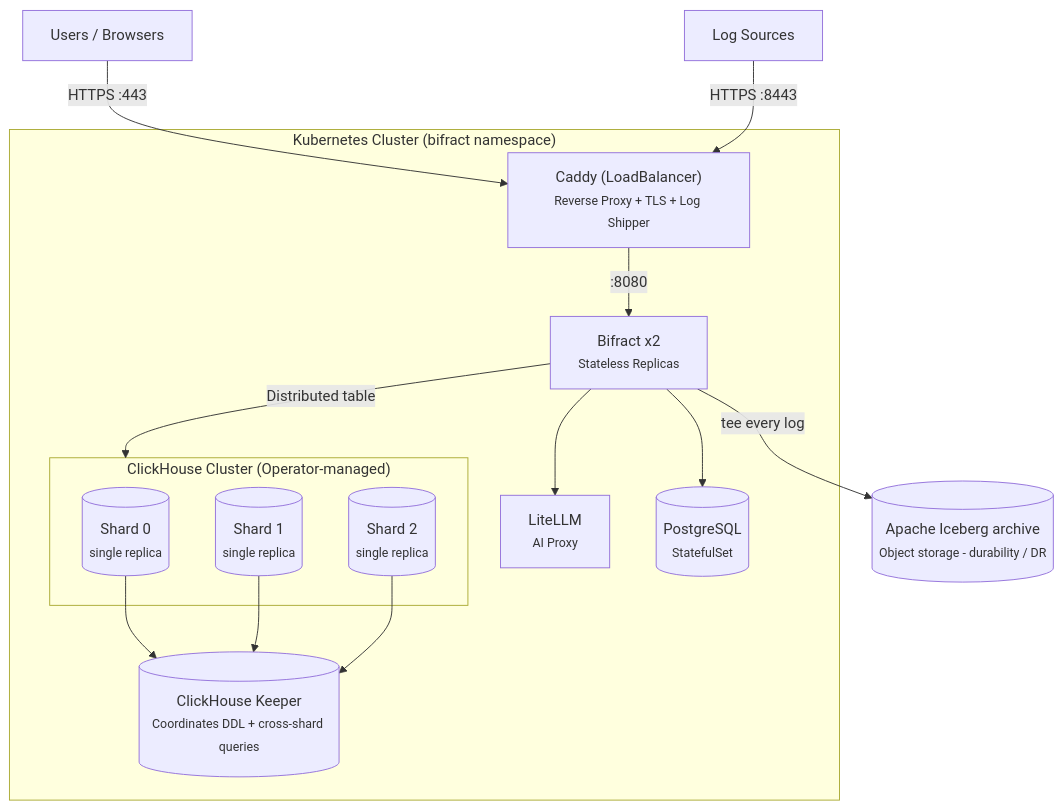
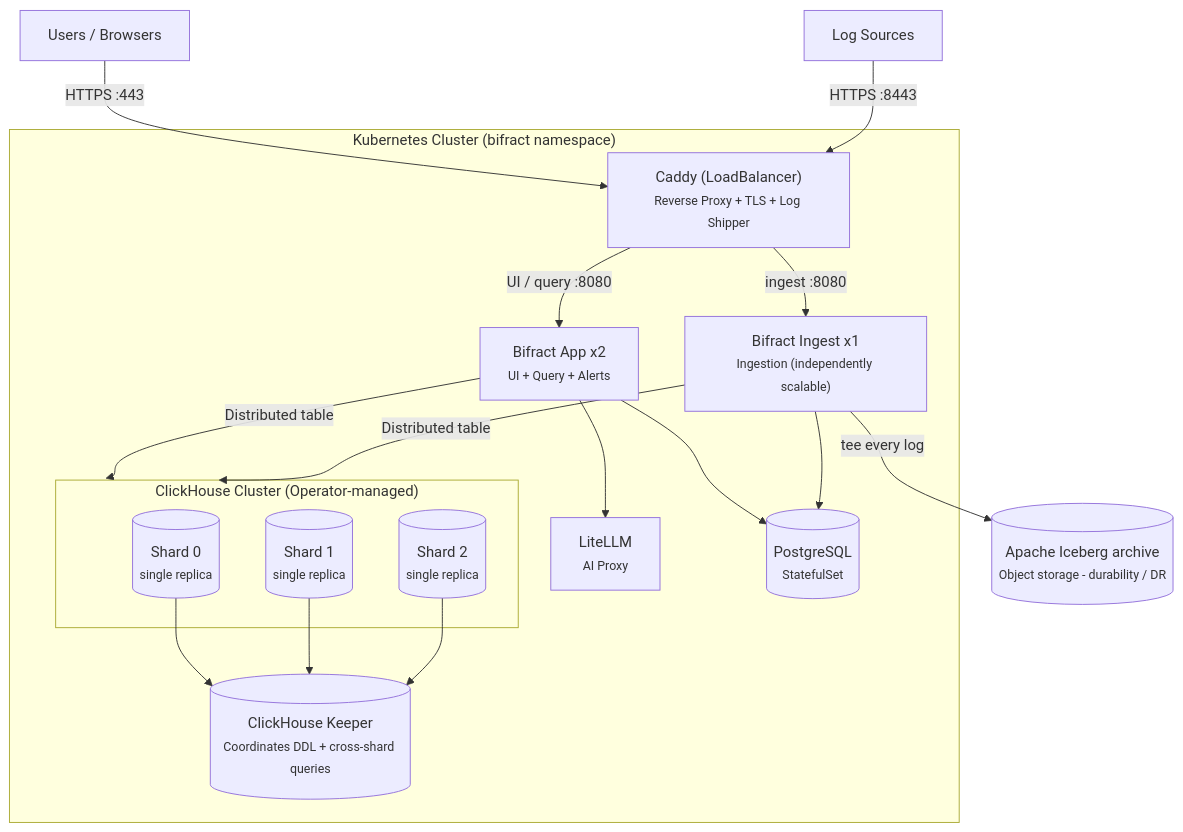
One commit to zaneGittins/bifract changed the diagram in docs/getting-started/kubernetes.md. Above: the diagram before and after it, drawn with Mermaid. The commit also changed other lines of this file and 57 other files, not shown here.

Commit message:
Seperate ingest containers, pgr() fixes and robustness, archive iceberg fixes.

````diff
--- a/docs/getting-started/kubernetes.md
+++ b/docs/getting-started/kubernetes.md
@@ -16,31 +16,35 @@
 ```mermaid
 graph TB
     users["Users / Browsers"]
     sources["Log Sources"]
 
     subgraph k8s ["Kubernetes Cluster (bifract namespace)"]
         caddy["Caddy (LoadBalancer)<br/><small>Reverse Proxy + TLS + Log Shipper</small>"]
-        bifract["Bifract x2<br/><small>Stateless Replicas</small>"]
+        app["Bifract App x2<br/><small>UI + Query + Alerts</small>"]
+        ingest["Bifract Ingest x1<br/><small>Ingestion (independently scalable)</small>"]
         litellm["LiteLLM<br/><small>AI Proxy</small>"]
         pg[("PostgreSQL<br/><small>StatefulSet</small>")]
 
         subgraph ch ["ClickHouse Cluster (Operator-managed)"]
             shard0[("Shard 0<br/><small>single replica</small>")]
             shard1[("Shard 1<br/><small>single replica</small>")]
             shard2[("Shard 2<br/><small>single replica</small>")]
         end
 
         keeper[("ClickHouse Keeper<br/><small>Coordinates DDL + cross-shard queries</small>")]
     end
 
     iceberg[("Apache Iceberg archive<br/><small>Object storage - durability / DR</small>")]
 
     users -->|"HTTPS :443"| caddy
     sources -->|"HTTPS :8443"| caddy
-    caddy -->|":8080"| bifract
-    bifract --> pg
-    bifract -->|"Distributed table"| ch
-    bifract -->|"tee every log"| iceberg
-    bifract --> litellm
+    caddy -->|"UI / query :8080"| app
+    caddy -->|"ingest :8080"| ingest
+    app --> pg
+    ingest --> pg
+    app -->|"Distributed table"| ch
+    ingest -->|"Distributed table"| ch
+    ingest -->|"tee every log"| iceberg
+    app --> litellm
     shard0 & shard1 & shard2 --> keeper
 ```
````
